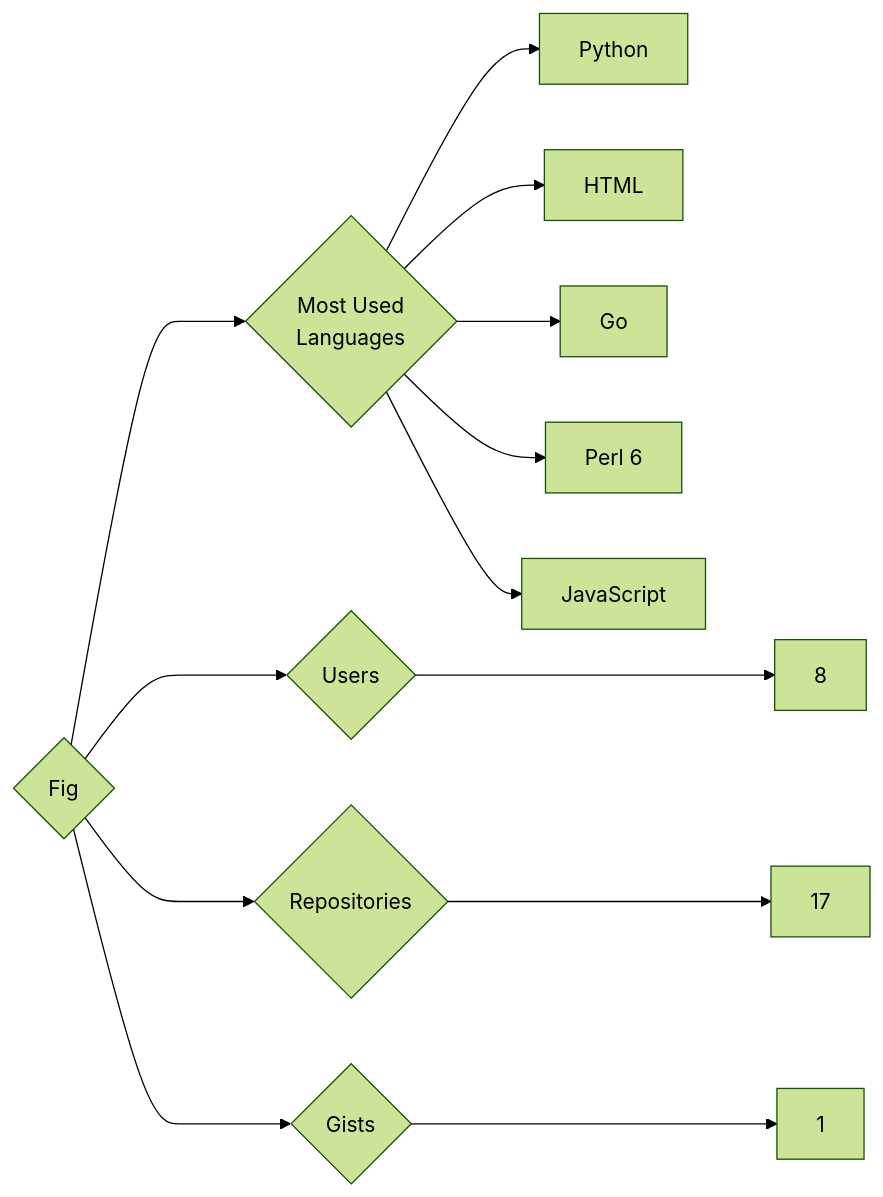
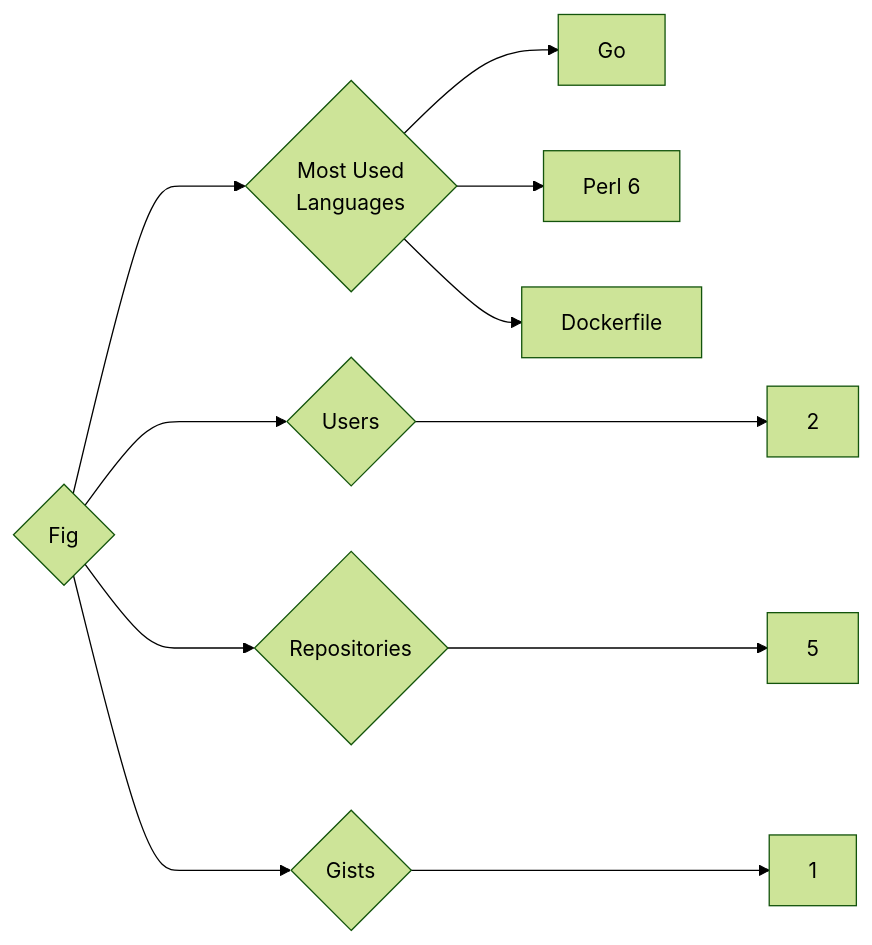
Before and after one commit to trickest/insiders: the diagram in targets/Fig/README.md, drawn with Mermaid (forest theme). The commit also changed 880 other files, not shown here.

````diff
--- a/targets/Fig/README.md
+++ b/targets/Fig/README.md
@@ -3,13 +3,11 @@
 ```mermaid
 graph LR
 COMPANY_NAME{Fig}
-COMPANY_NAME ---> U{Users} ---> UN[8]
-COMPANY_NAME ---> R{Repositories} ---> RN[17]
+COMPANY_NAME ---> U{Users} ---> UN[2]
+COMPANY_NAME ---> R{Repositories} ---> RN[5]
 COMPANY_NAME ---> G{Gists} ---> GN[1]
 COMPANY_NAME ---> ML{Most Used<br>Languages}
-ML --> Python[Python]
-ML --> HTML[HTML]
 ML --> Go[Go]
 ML --> Perl_6[Perl 6]
-ML --> JavaScript[JavaScript]
+ML --> Dockerfile[Dockerfile]
 ```
````
